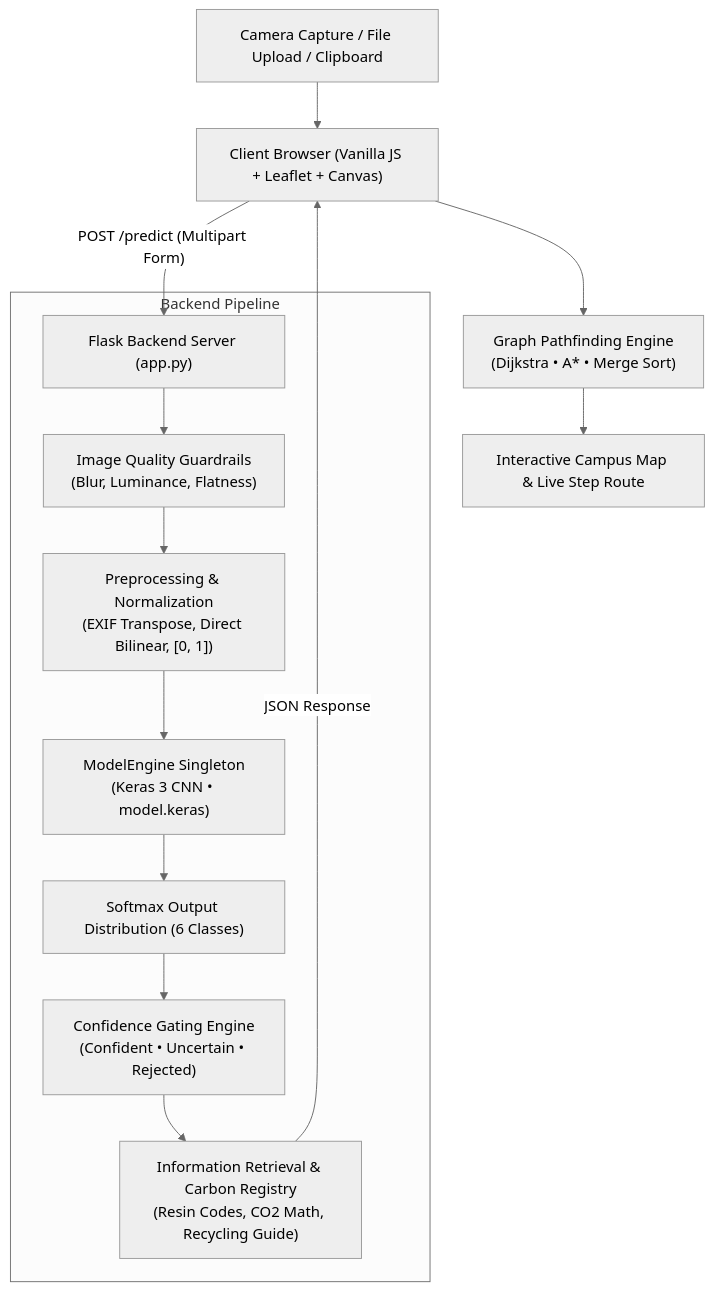
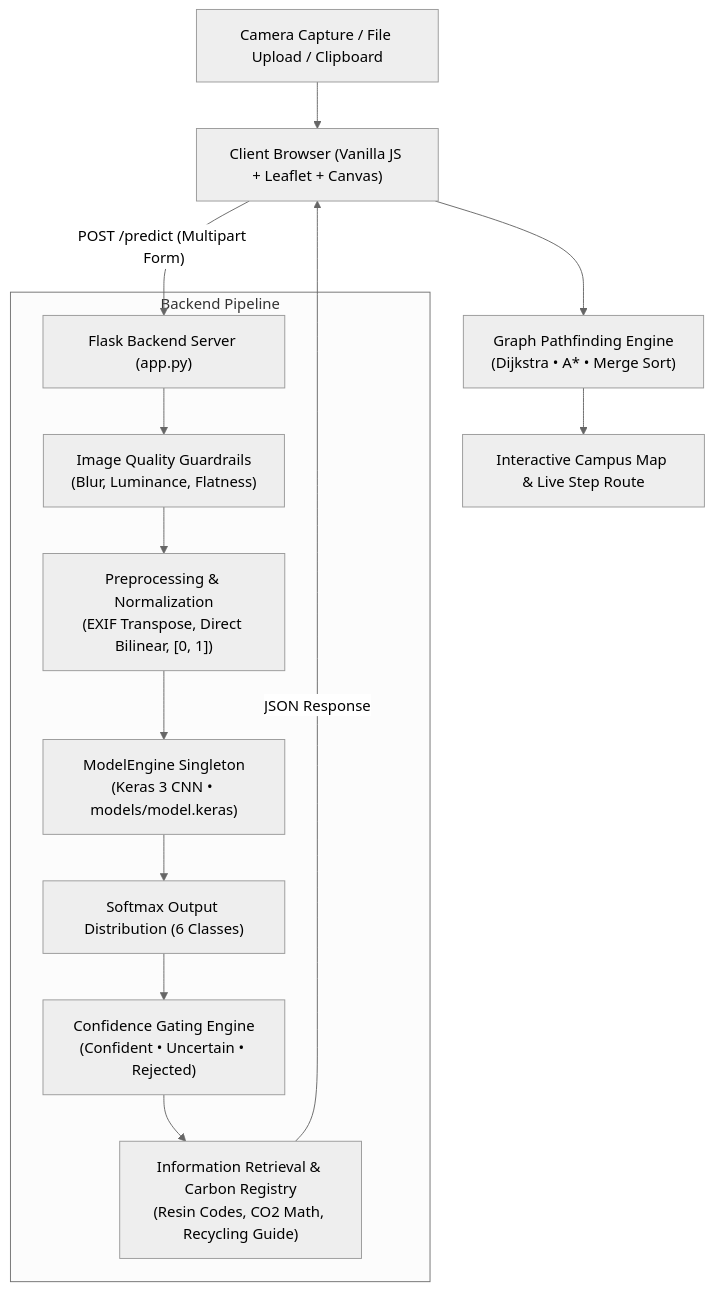
The first of 2 diagrams in README.md (nour714/EcoSort), drawn with Mermaid (neutral theme) before and after one commit. The commit also changed other lines of this file and 10 other files, not shown here.

Commit message:
refactor: move model.keras into models directory

````diff
--- a/README.md
+++ b/README.md
@@ -51,19 +51,19 @@
 ```mermaid
 flowchart TD
     Client["Client Browser (Vanilla JS + Leaflet + Canvas)"]
     Camera["Camera Capture / File Upload / Clipboard"] --> Client
     Client -->|"POST /predict (Multipart Form)"| Flask["Flask Backend Server (app.py)"]
     
     subgraph Backend Pipeline
         Flask --> Quality["Image Quality Guardrails\n(Blur, Luminance, Flatness)"]
         Quality --> Preproc["Preprocessing & Normalization\n(EXIF Transpose, Direct Bilinear, [0, 1])"]
-        Preproc --> ModelEngine["ModelEngine Singleton\n(Keras 3 CNN &bull; model.keras)"]
+        Preproc --> ModelEngine["ModelEngine Singleton\n(Keras 3 CNN &bull; models/model.keras)"]
         ModelEngine --> Softmax["Softmax Output Distribution (6 Classes)"]
         Softmax --> Gating["Confidence Gating Engine\n(Confident &bull; Uncertain &bull; Rejected)"]
         Gating --> IR["Information Retrieval & Carbon Registry\n(Resin Codes, CO2 Math, Recycling Guide)"]
     end
     
     IR -->|"JSON Response"| Client
     Client --> Pathfinding["Graph Pathfinding Engine\n(Dijkstra &bull; A* &bull; Merge Sort)"]
     Pathfinding --> MapUI["Interactive Campus Map & Live Step Route"]
 ```
````
